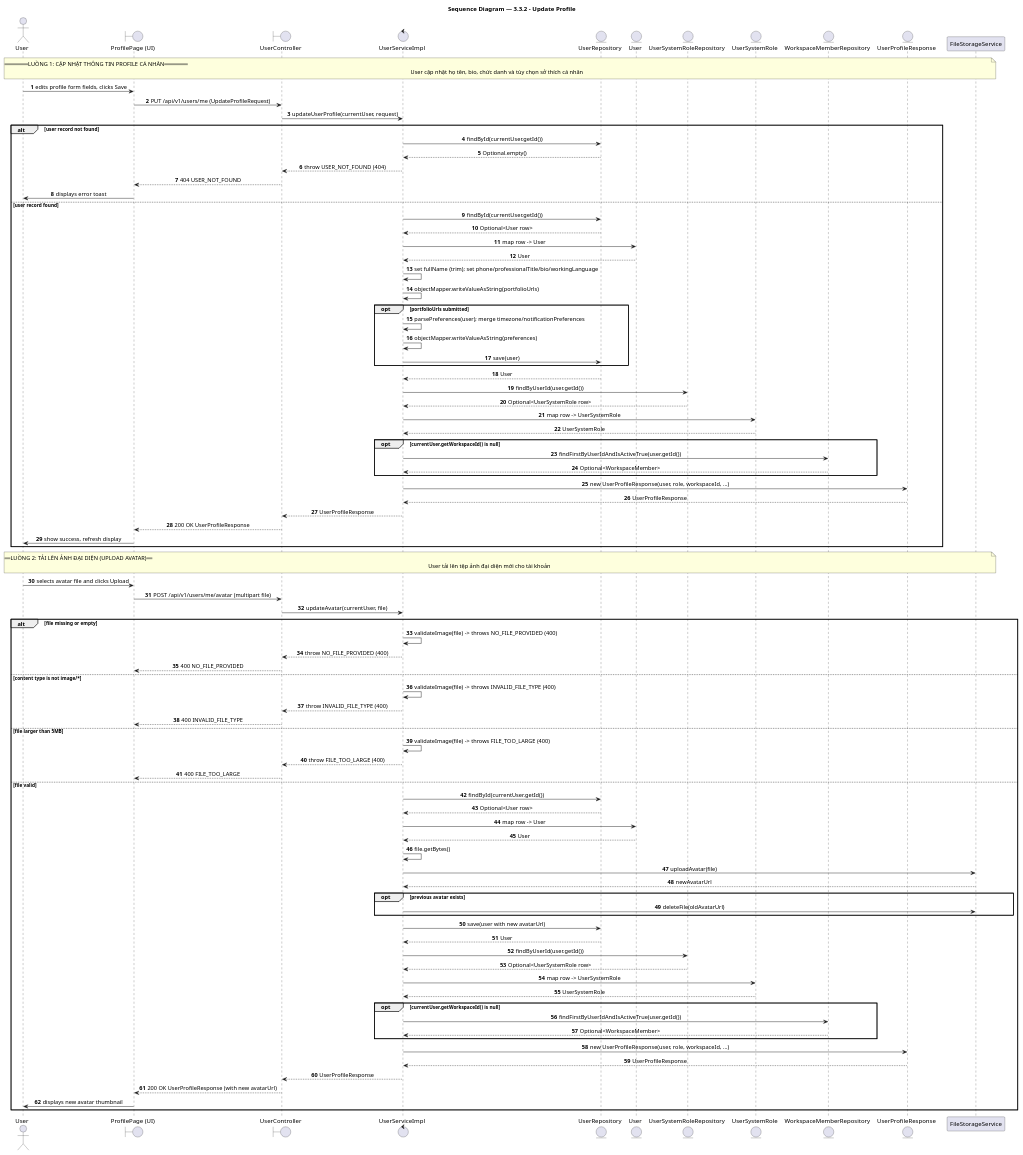
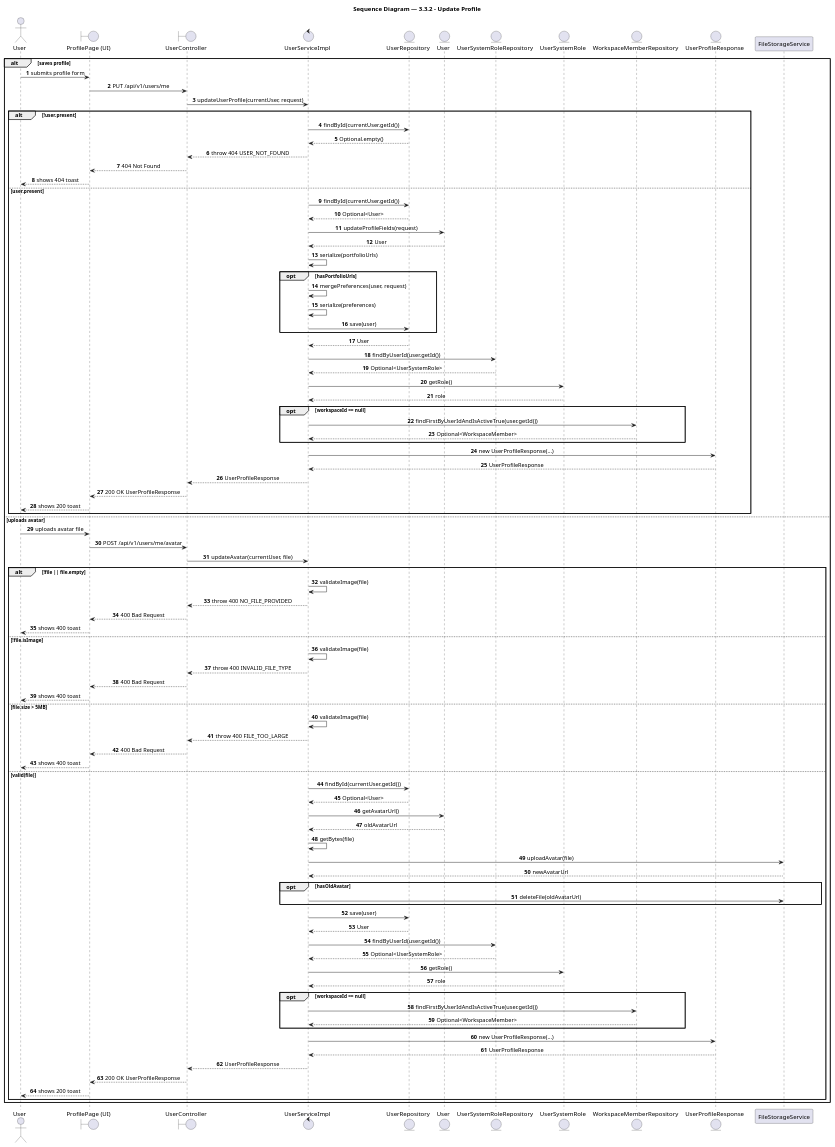
Before and after one commit to BrandHubOrganization/brandhub-infrastructure: the diagram in docs/feature/profile/3-3-2-update-profile/report4_sequence.puml, drawn with PlantUML. The commit also changed 33 other files, not shown here.

Commit message:
docs: add PlantUML sequence diagrams and class diagrams for agency workspace and profile features

```diff
--- a/docs/feature/profile/3-3-2-update-profile/report4_sequence.puml
+++ b/docs/feature/profile/3-3-2-update-profile/report4_sequence.puml
@@ -1,109 +1,107 @@
 @startuml 3.3.2 - Update Profile
 title Sequence Diagram — 3.3.2 - Update Profile
 
 autonumber
 skinparam shadowing false
 skinparam sequenceMessageAlign center
 skinparam BoxPadding 10
 skinparam ParticipantPadding 10
 
 ' === Participants ===
 actor "User" as user
 boundary "ProfilePage (UI)" as profilepage_ui
 boundary "UserController" as usercontroller
 control "UserServiceImpl" as userserviceimpl
 entity "UserRepository" as userrepository
 entity "User" as user_1
 entity "UserSystemRoleRepository" as usersystemrolerepository
 entity "UserSystemRole" as usersystemrole
 entity "WorkspaceMemberRepository" as workspacememberrepository
 entity "UserProfileResponse" as userprofileresponse
 participant "FileStorageService" as filestorageservice
 
-' === Flow 1 ===
-note over user, filestorageservice : == LUỒNG 1: CẬP NHẬT THÔNG TIN PROFILE CÁ NHÂN ==\nUser cập nhật họ tên, bio, chức danh và tùy chọn sở thích cá nhân
-
-user -> profilepage_ui: edits profile form fields, clicks Save
-profilepage_ui -> usercontroller: PUT /api/v1/users/me (UpdateProfileRequest)
-usercontroller -> userserviceimpl: updateUserProfile(currentUser, request)
-alt user record not found
-  userserviceimpl -> userrepository: findById(currentUser.getId())
-  userrepository --> userserviceimpl: Optional.empty()
-  userserviceimpl --> usercontroller: throw USER_NOT_FOUND (404)
-  usercontroller --> profilepage_ui: 404 USER_NOT_FOUND
-  profilepage_ui -> user: displays error toast
-else user record found
-  userserviceimpl -> userrepository: findById(currentUser.getId())
-  userrepository --> userserviceimpl: Optional<User row>
-  userserviceimpl -> user_1: map row -> User
-  user_1 --> userserviceimpl: User
-  userserviceimpl -> userserviceimpl: set fullName (trim); set phone/professionalTitle/bio/workingLanguage
-  userserviceimpl -> userserviceimpl: objectMapper.writeValueAsString(portfolioUrls)
-  opt portfolioUrls submitted
-    userserviceimpl -> userserviceimpl: parsePreferences(user); merge timezone/notificationPreferences
-    userserviceimpl -> userserviceimpl: objectMapper.writeValueAsString(preferences)
+alt saves profile
+  user -> profilepage_ui: submits profile form
+  profilepage_ui -> usercontroller: PUT /api/v1/users/me
+  usercontroller -> userserviceimpl: updateUserProfile(currentUser, request)
+  alt !user.present
+    userserviceimpl -> userrepository: findById(currentUser.getId())
+    userrepository --> userserviceimpl: Optional.empty()
+    userserviceimpl --> usercontroller: throw 404 USER_NOT_FOUND
+    usercontroller --> profilepage_ui: 404 Not Found
+    profilepage_ui --> user: shows 404 toast
+  else user.present
+    userserviceimpl -> userrepository: findById(currentUser.getId())
+    userrepository --> userserviceimpl: Optional<User>
+    userserviceimpl -> user_1: updateProfileFields(request)
+    user_1 --> userserviceimpl: User
+    userserviceimpl -> userserviceimpl: serialize(portfolioUrls)
+    opt hasPortfolioUrls
+      userserviceimpl -> userserviceimpl: mergePreferences(user, request)
+      userserviceimpl -> userserviceimpl: serialize(preferences)
+      userserviceimpl -> userrepository: save(user)
+    end
+    userrepository --> userserviceimpl: User
+    userserviceimpl -> usersystemrolerepository: findByUserId(user.getId())
+    usersystemrolerepository --> userserviceimpl: Optional<UserSystemRole>
+    userserviceimpl -> usersystemrole: getRole()
+    usersystemrole --> userserviceimpl: role
+    opt workspaceId == null
+      userserviceimpl -> workspacememberrepository: findFirstByUserIdAndIsActiveTrue(user.getId())
+      workspacememberrepository --> userserviceimpl: Optional<WorkspaceMember>
+    end
+    userserviceimpl -> userprofileresponse: new UserProfileResponse(...)
+    userprofileresponse --> userserviceimpl: UserProfileResponse
+    userserviceimpl --> usercontroller: UserProfileResponse
+    usercontroller --> profilepage_ui: 200 OK UserProfileResponse
+    profilepage_ui --> user: shows 200 toast
+  end
+else uploads avatar
+  user -> profilepage_ui: uploads avatar file
+  profilepage_ui -> usercontroller: POST /api/v1/users/me/avatar
+  usercontroller -> userserviceimpl: updateAvatar(currentUser, file)
+  alt !file || file.empty
+    userserviceimpl -> userserviceimpl: validateImage(file)
+    userserviceimpl --> usercontroller: throw 400 NO_FILE_PROVIDED
+    usercontroller --> profilepage_ui: 400 Bad Request
+    profilepage_ui --> user: shows 400 toast
+  else !file.isImage
+    userserviceimpl -> userserviceimpl: validateImage(file)
+    userserviceimpl --> usercontroller: throw 400 INVALID_FILE_TYPE
+    usercontroller --> profilepage_ui: 400 Bad Request
+    profilepage_ui --> user: shows 400 toast
+  else file.size > 5MB
+    userserviceimpl -> userserviceimpl: validateImage(file)
+    userserviceimpl --> usercontroller: throw 400 FILE_TOO_LARGE
+    usercontroller --> profilepage_ui: 400 Bad Request
+    profilepage_ui --> user: shows 400 toast
+  else valid(file)
+    userserviceimpl -> userrepository: findById(currentUser.getId())
+    userrepository --> userserviceimpl: Optional<User>
+    userserviceimpl -> user_1: getAvatarUrl()
+    user_1 --> userserviceimpl: oldAvatarUrl
+    userserviceimpl -> userserviceimpl: getBytes(file)
+    userserviceimpl -> filestorageservice: uploadAvatar(file)
+    filestorageservice --> userserviceimpl: newAvatarUrl
+    opt hasOldAvatar
+      userserviceimpl -> filestorageservice: deleteFile(oldAvatarUrl)
+    end
     userserviceimpl -> userrepository: save(user)
+    userrepository --> userserviceimpl: User
+    userserviceimpl -> usersystemrolerepository: findByUserId(user.getId())
+    usersystemrolerepository --> userserviceimpl: Optional<UserSystemRole>
+    userserviceimpl -> usersystemrole: getRole()
+    usersystemrole --> userserviceimpl: role
+    opt workspaceId == null
+      userserviceimpl -> workspacememberrepository: findFirstByUserIdAndIsActiveTrue(user.getId())
+      workspacememberrepository --> userserviceimpl: Optional<WorkspaceMember>
+    end
+    userserviceimpl -> userprofileresponse: new UserProfileResponse(...)
+    userprofileresponse --> userserviceimpl: UserProfileResponse
+    userserviceimpl --> usercontroller: UserProfileResponse
+    usercontroller --> profilepage_ui: 200 OK UserProfileResponse
+    profilepage_ui --> user: shows 200 toast
   end
-  userrepository --> userserviceimpl: User
-  userserviceimpl -> usersystemrolerepository: findByUserId(user.getId())
-  usersystemrolerepository --> userserviceimpl: Optional<UserSystemRole row>
-  userserviceimpl -> usersystemrole: map row -> UserSystemRole
-  usersystemrole --> userserviceimpl: UserSystemRole
-  opt currentUser.getWorkspaceId() is null
-    userserviceimpl -> workspacememberrepository: findFirstByUserIdAndIsActiveTrue(user.getId())
-    workspacememberrepository --> userserviceimpl: Optional<WorkspaceMember>
-  end
-  userserviceimpl -> userprofileresponse: new UserProfileResponse(user, role, workspaceId, ...)
-  userprofileresponse --> userserviceimpl: UserProfileResponse
-  userserviceimpl --> usercontroller: UserProfileResponse
-  usercontroller --> profilepage_ui: 200 OK UserProfileResponse
-  profilepage_ui -> user: show success, refresh display
-end
-
-' === Flow 2 ===
-note over user, filestorageservice : == LUỒNG 2: TẢI LÊN ẢNH ĐẠI DIỆN (UPLOAD AVATAR) ==\nUser tải lên tệp ảnh đại diện mới cho tài khoản
-
-user -> profilepage_ui: selects avatar file and clicks Upload
-profilepage_ui -> usercontroller: POST /api/v1/users/me/avatar (multipart file)
-usercontroller -> userserviceimpl: updateAvatar(currentUser, file)
-alt file missing or empty
-  userserviceimpl -> userserviceimpl: validateImage(file) -> throws NO_FILE_PROVIDED (400)
-  userserviceimpl --> usercontroller: throw NO_FILE_PROVIDED (400)
-  usercontroller --> profilepage_ui: 400 NO_FILE_PROVIDED
-else content type is not image/*
-  userserviceimpl -> userserviceimpl: validateImage(file) -> throws INVALID_FILE_TYPE (400)
-  userserviceimpl --> usercontroller: throw INVALID_FILE_TYPE (400)
-  usercontroller --> profilepage_ui: 400 INVALID_FILE_TYPE
-else file larger than 5MB
-  userserviceimpl -> userserviceimpl: validateImage(file) -> throws FILE_TOO_LARGE (400)
-  userserviceimpl --> usercontroller: throw FILE_TOO_LARGE (400)
-  usercontroller --> profilepage_ui: 400 FILE_TOO_LARGE
-else file valid
-  userserviceimpl -> userrepository: findById(currentUser.getId())
-  userrepository --> userserviceimpl: Optional<User row>
-  userserviceimpl -> user_1: map row -> User
-  user_1 --> userserviceimpl: User
-  userserviceimpl -> userserviceimpl: file.getBytes()
-  userserviceimpl -> filestorageservice: uploadAvatar(file)
-  filestorageservice --> userserviceimpl: newAvatarUrl
-  opt previous avatar exists
-    userserviceimpl -> filestorageservice: deleteFile(oldAvatarUrl)
-  end
-  userserviceimpl -> userrepository: save(user with new avatarUrl)
-  userrepository --> userserviceimpl: User
-  userserviceimpl -> usersystemrolerepository: findByUserId(user.getId())
-  usersystemrolerepository --> userserviceimpl: Optional<UserSystemRole row>
-  userserviceimpl -> usersystemrole: map row -> UserSystemRole
-  usersystemrole --> userserviceimpl: UserSystemRole
-  opt currentUser.getWorkspaceId() is null
-    userserviceimpl -> workspacememberrepository: findFirstByUserIdAndIsActiveTrue(user.getId())
-    workspacememberrepository --> userserviceimpl: Optional<WorkspaceMember>
-  end
-  userserviceimpl -> userprofileresponse: new UserProfileResponse(user, role, workspaceId, ...)
-  userprofileresponse --> userserviceimpl: UserProfileResponse
-  userserviceimpl --> usercontroller: UserProfileResponse
-  usercontroller --> profilepage_ui: 200 OK UserProfileResponse (with new avatarUrl)
-  profilepage_ui -> user: displays new avatar thumbnail
 end
 
 @enduml
```
